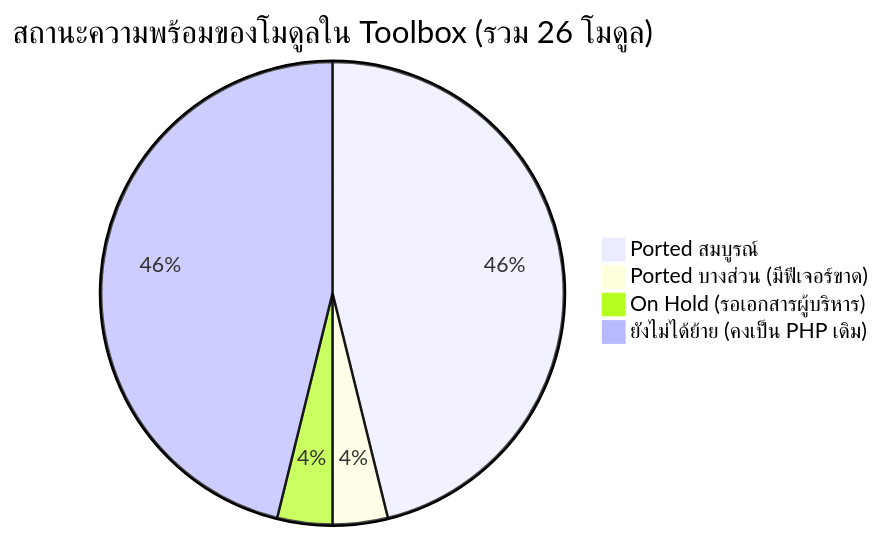
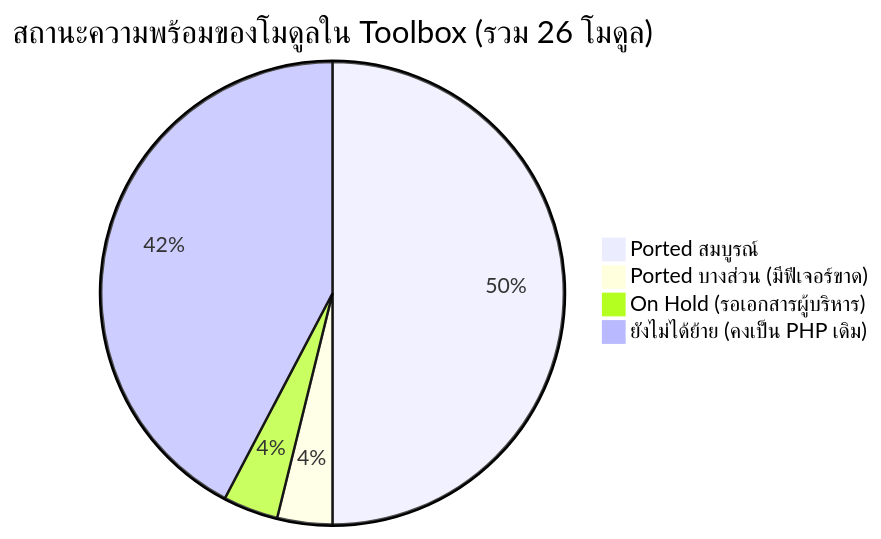
Before and after one commit to Scyst/MES: the first of 2 diagrams in MES/docs/blueprint/MES_LEGACY_VS_TOOLBOX_GAP_ANALYSIS.md, drawn with Mermaid. The commit also changed other lines of this file and 19 other files, not shown here.

````diff
--- a/MES/docs/blueprint/MES_LEGACY_VS_TOOLBOX_GAP_ANALYSIS.md
+++ b/MES/docs/blueprint/MES_LEGACY_VS_TOOLBOX_GAP_ANALYSIS.md
@@ -18,7 +18,7 @@
 ```mermaid
 pie title สถานะความพร้อมของโมดูลใน Toolbox (รวม 26 โมดูล)
-    "Ported สมบูรณ์" : 12
+    "Ported สมบูรณ์" : 13
     "Ported บางส่วน (มีฟีเจอร์ขาด)" : 1
     "On Hold (รอเอกสารผู้บริหาร)" : 1
-    "ยังไม่ได้ย้าย (คงเป็น PHP เดิม)" : 12
+    "ยังไม่ได้ย้าย (คงเป็น PHP เดิม)" : 11
 ```
````
